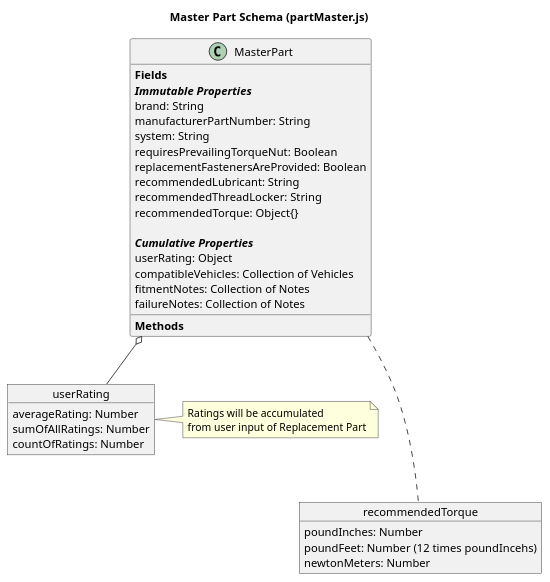
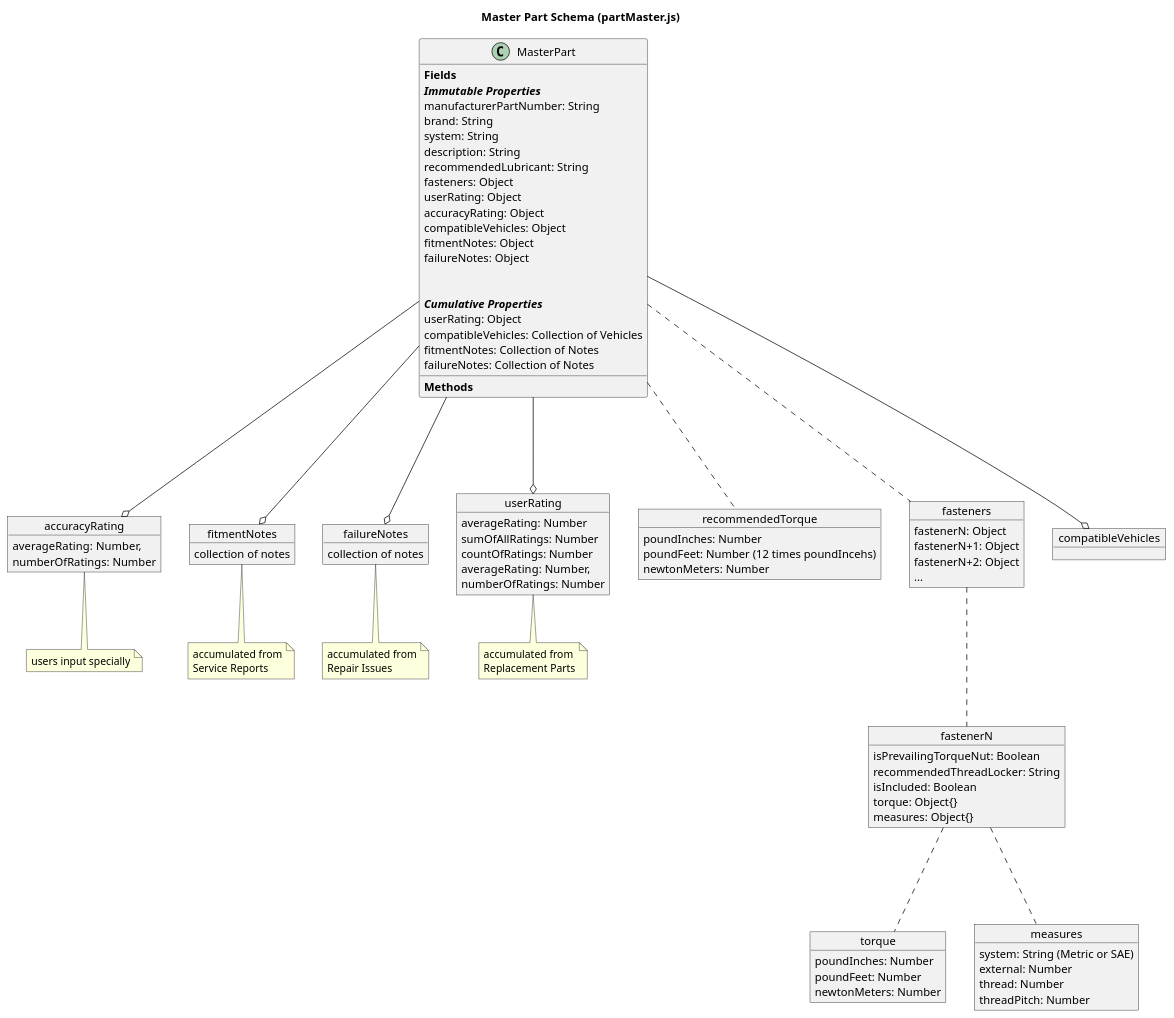
Before and after one commit to TwoFistedJustice/manifold: the diagram in src/app/odm/uml/partMaster.puml, drawn with PlantUML.

Commit message:
Add Master part diagram

```diff
--- a/src/app/odm/uml/partMaster.puml
+++ b/src/app/odm/uml/partMaster.puml
@@ -1,51 +1,139 @@
 @startuml
 
 title Master Part Schema (partMaster.js)
 
 
 class MasterPart{
 {field}**Fields**
 **//Immutable Properties//**
+manufacturerPartNumber: String
 brand: String
-manufacturerPartNumber: String
 system: String
-requiresPrevailingTorqueNut: Boolean
-replacementFastenersAreProvided: Boolean
+description: String
 recommendedLubricant: String
-recommendedThreadLocker: String
-recommendedTorque: Object{}
+fasteners: Object
+userRating: Object
+accuracyRating: Object
+compatibleVehicles: Object
+fitmentNotes: Object
+failureNotes: Object
+
 
 **//Cumulative Properties//**
 userRating: Object
 compatibleVehicles: Collection of Vehicles
 fitmentNotes: Collection of Notes
 failureNotes: Collection of Notes
 
 {method}**Methods**
 }
 
 
 object recommendedTorque {
 poundInches: Number
 poundFeet: Number (12 times poundIncehs)
 newtonMeters: Number
 }
 
 
 object userRating {
 averageRating: Number
 sumOfAllRatings: Number
 countOfRatings: Number
 }
 
-MasterPart o-- userRating
+
+object fasteners{
+fastenerN: Object
+fastenerN+1: Object
+fastenerN+2: Object
+...
+}
+
+object fastenerN {
+ isPrevailingTorqueNut: Boolean
+ recommendedThreadLocker: String
+ isIncluded: Boolean
+ torque: Object{}
+ measures: Object{}
+}
+
+object torque {
+  poundInches: Number
+  poundFeet: Number
+  newtonMeters: Number
+}
+
+
+object measures{
+ system: String (Metric or SAE)
+ external: Number
+ thread: Number
+ threadPitch: Number
+}
+
+
+object userRating {
+ averageRating: Number,
+ numberOfRatings: Number
+}
+
+object accuracyRating {
+averageRating: Number,
+ numberOfRatings: Number
+}
+
+object compatibleVehicles {
+
+}
+
+object fitmentNotes {
+ collection of notes
+}
+
+object failureNotes {
+ collection of notes
+}
+
+
+
+
 MasterPart ... recommendedTorque
+MasterPart ... fasteners
+fasteners ... fastenerN
+fastenerN ... torque
+fastenerN ... measures
+
+MasterPart ---o userRating
+MasterPart ---o accuracyRating
+MasterPart ---o compatibleVehicles
+MasterPart ---o fitmentNotes
+MasterPart ---o failureNotes
 
 
 note as N1
-  Ratings will be accumulated
-  from user input of Replacement Part
+  accumulated from
+  Replacement Parts
 end note
-N1 -left-> userRating
+
+note as N2
+ accumulated from
+ Repair Issues
+end note
+
+note as N3
+ accumulated from
+ Service Reports
+end note
+
+note as N4
+ users input specially
+end note
+
+
+N1 -up-> userRating
+N2 -up-> failureNotes
+N3 -up-> fitmentNotes
+N4 -up-> accuracyRating
 
 @enduml
```
